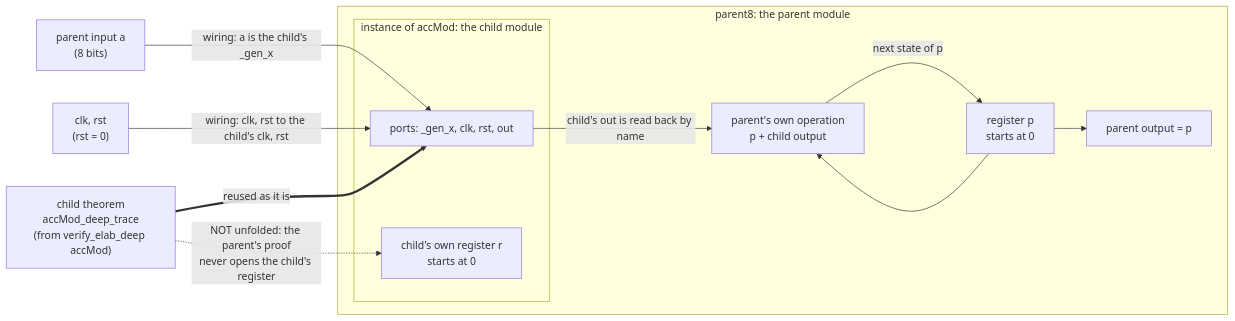
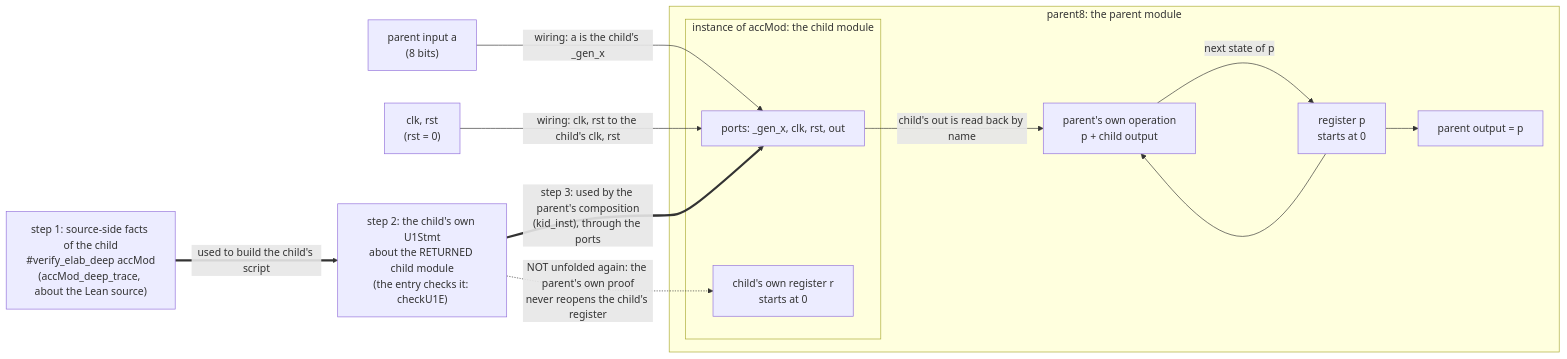
Before and after one commit to Verilean/sparkle: the third of 4 diagrams in docs/research/ProofFriendlyCircuits.md, drawn with Mermaid. The commit also changed other lines of this file and 1 other file, not shown here.

````diff
--- a/docs/research/ProofFriendlyCircuits.md
+++ b/docs/research/ProofFriendlyCircuits.md
@@ -301,23 +323,25 @@
 ```mermaid
 flowchart LR
   a["parent input a<br/>(8 bits)"]
   cr["clk, rst<br/>(rst = 0)"]
-  kt["child theorem<br/>accMod_deep_trace<br/>(from verify_elab_deep accMod)"]
+  ks["step 1: source-side facts of the child<br/>#verify_elab_deep accMod<br/>(accMod_deep_trace, about the Lean source)"]
+  kt["step 2: the child's own U1Stmt<br/>about the RETURNED child module<br/>(the entry checks it: checkU1E)"]
   subgraph PARENT["parent8: the parent module"]
     p["register p<br/>starts at 0"]
     add["parent's own operation<br/>p + child output"]
     subgraph CHILD["instance of accMod: the child module"]
       cport["ports: _gen_x, clk, rst, out"]
       cr0["child's own register r<br/>starts at 0"]
     end
     out["parent output = p"]
   end
   a -->|"wiring: a is the child's _gen_x"| cport
   cr -->|"wiring: clk, rst to the child's clk, rst"| cport
   cport -->|"child's out is read back by name"| add
   p --> add
   add -->|"next state of p"| p
   p --> out
-  kt ==>|"reused as it is"| cport
-  kt -.->|"NOT unfolded: the parent's proof<br/>never opens the child's register"| cr0
+  ks ==>|"used to build the child's script"| kt
+  kt ==>|"step 3: used by the parent's composition<br/>(kid_inst), through the ports"| cport
+  kt -.->|"NOT unfolded again: the parent's own proof<br/>never reopens the child's register"| cr0
 ```
````
